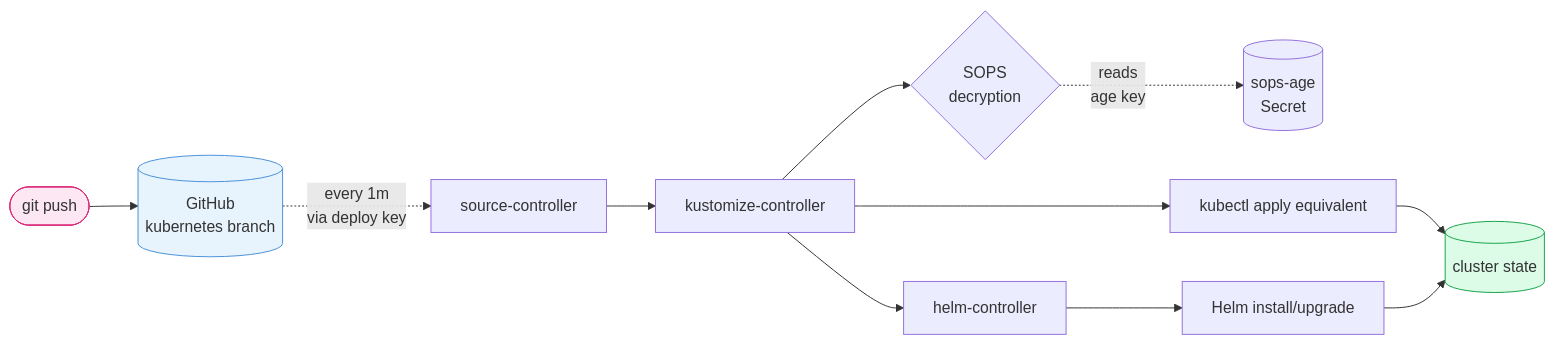
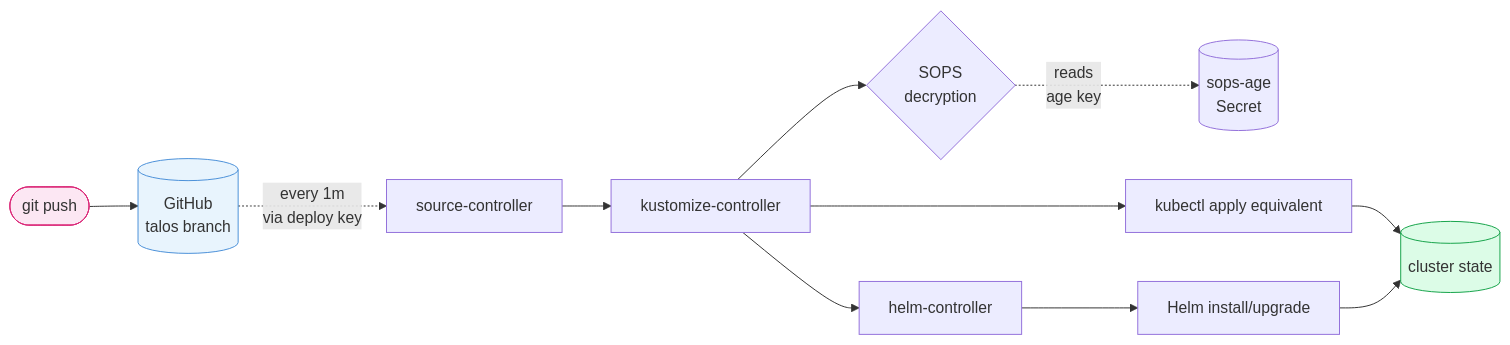
One commit to wajeht/home-ops changed the third of 5 diagrams in docs/architecture.md. Above: the diagram before and after it, drawn with Mermaid. The commit also changed other lines of this file and 4 other files, not shown here.

Commit message:
refactor(docs): rename kubernetes branch to talos

````diff
--- a/docs/architecture.md
+++ b/docs/architecture.md
@@ -134,17 +134,17 @@
 ```mermaid
 flowchart LR
-    you([git push]) --> github[(GitHub<br/>kubernetes branch)]
+    you([git push]) --> github[(GitHub<br/>talos branch)]
     github -.->|every 1m<br/>via deploy key| sc[source-controller]
     sc --> kc[kustomize-controller]
     kc --> hc[helm-controller]
     kc --> sops_dec{SOPS<br/>decryption}
     sops_dec -.->|reads<br/>age key| sopskey[(sops-age<br/>Secret)]
     kc --> apply[kubectl apply equivalent]
     hc --> helm_install[Helm install/upgrade]
     apply --> cluster[(cluster state)]
     helm_install --> cluster
 
     style you fill:#fce7f3,stroke:#db2777
     style github fill:#e8f4fd,stroke:#4a90d9
     style cluster fill:#dcfce7,stroke:#16a34a
 ```
````
